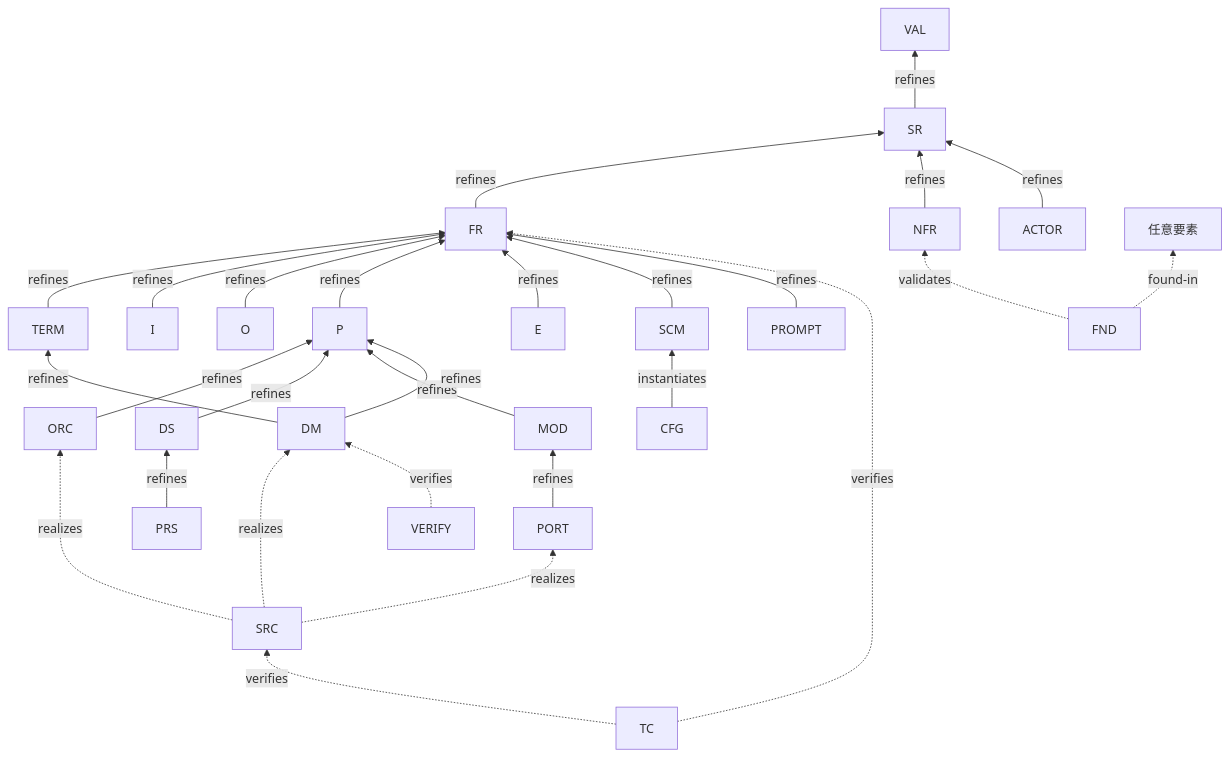
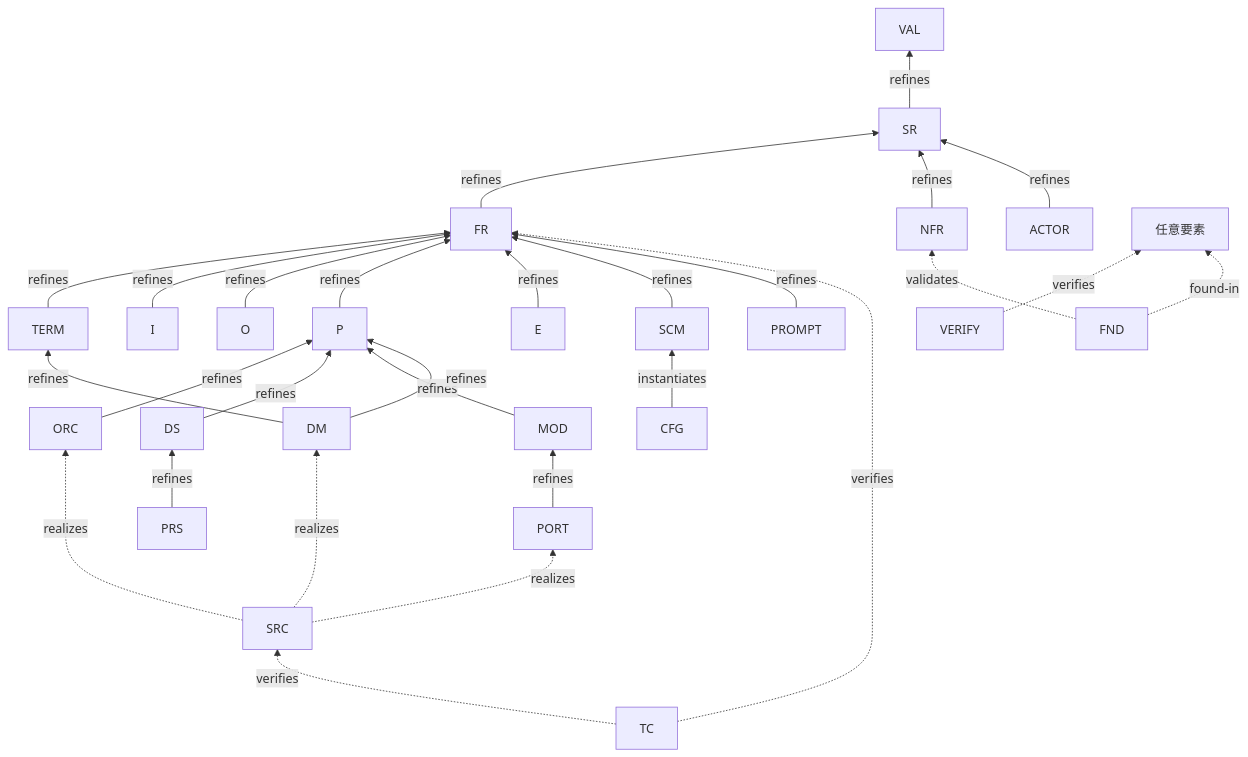
The diagram in docs/doc-system/03-connection-matrix.md (hiratashinnya/review-system), drawn with Mermaid before and after one commit. The commit also changed other lines of this file and 3 other files, not shown here.

````diff
--- a/docs/doc-system/03-connection-matrix.md
+++ b/docs/doc-system/03-connection-matrix.md
@@ -16,30 +15,30 @@
 ```mermaid
 flowchart BT
   SR -->|refines| VAL
   FR -->|refines| SR
   NFR -->|refines| SR
   TERM -->|refines| FR
   ACTOR -->|refines| SR
   I -->|refines| FR
   O -->|refines| FR
   P -->|refines| FR
   E -->|refines| FR
   ORC -->|refines| P
   DS -->|refines| P
   MOD -->|refines| P
   DM -->|refines| TERM
   DM -->|refines| P
   PORT -->|refines| MOD
   PRS -->|refines| DS
   SCM -->|refines| FR
   CFG -->|instantiates| SCM
   PROMPT -->|refines| FR
   SRC -.realizes.-> DM
   SRC -.realizes.-> PORT
   SRC -.realizes.-> ORC
   TC -.verifies.-> FR
   TC -.verifies.-> SRC
-  VERIFY -.verifies.-> DM
+  VERIFY -.verifies.-> 任意要素
   FND -.found-in.-> 任意要素
   FND -.validates.-> NFR
 ```
````
